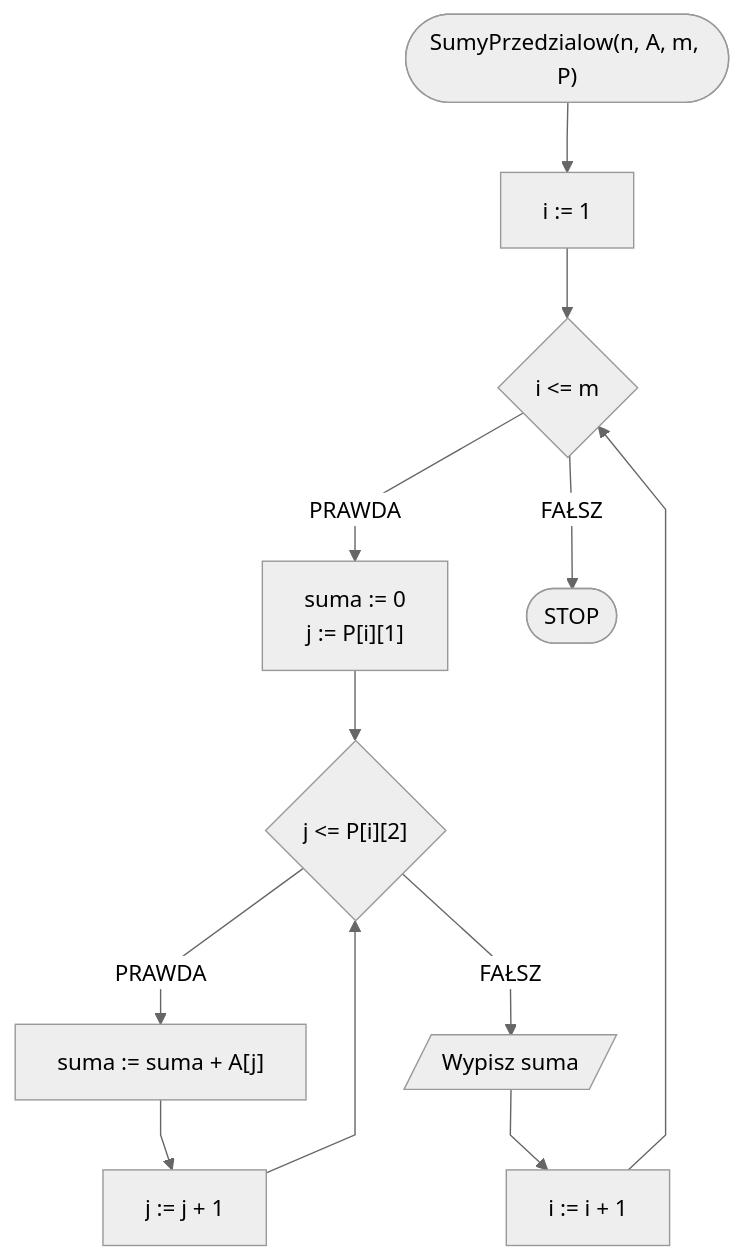
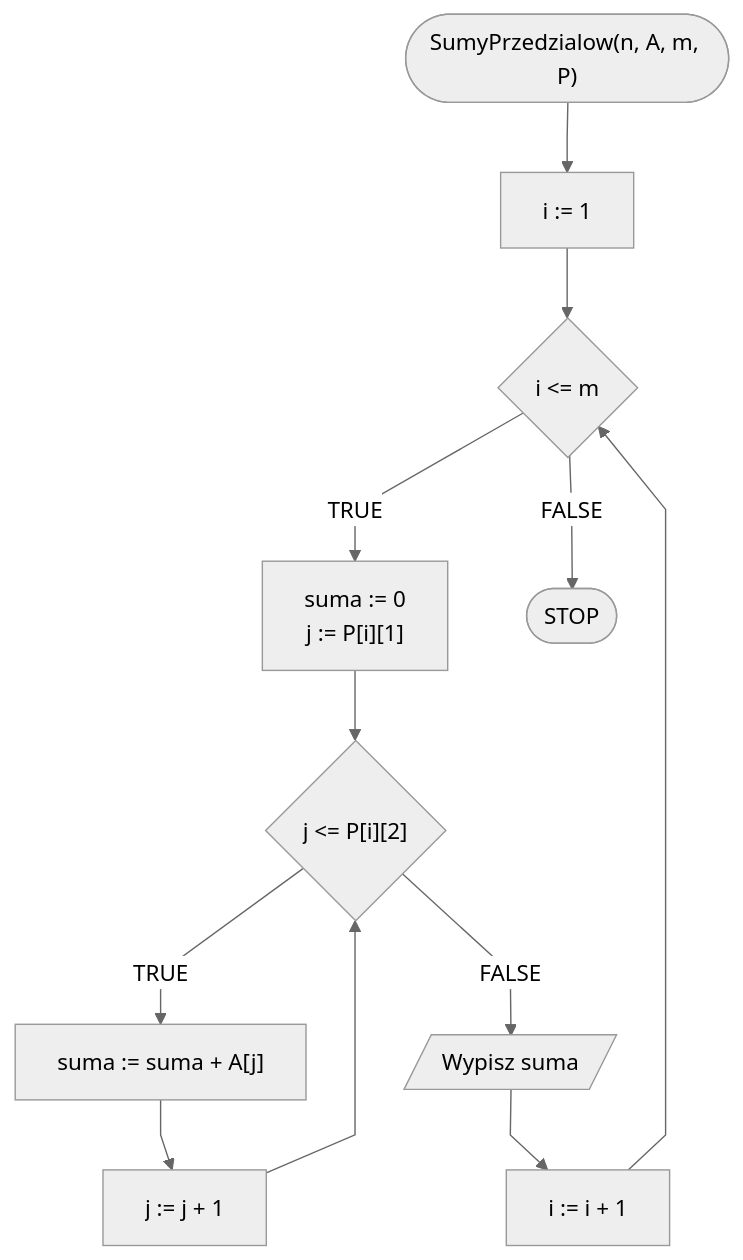
Before and after one commit to blackbat13/edu-cs-htiew-en: the first of 2 diagrams in docs/algorithms/searching/prefix-sum.md, drawn with Mermaid. The commit also changed other lines of this file and 682 other files, not shown here.

````diff
--- a/docs/algorithms/searching/prefix-sum.md
+++ b/docs/algorithms/searching/prefix-sum.md
@@ -61,16 +61,16 @@
 ```mermaid
 %%{init: {"flowchart": {"curve": "linear"}, "theme": "neutral"} }%%
 flowchart TD
 	START(["SumyPrzedzialow(n, A, m, P)"]) --> K0[i := 1]
 	K0 --> K1{i <= m}
-	K1 -- PRAWDA --> K2["suma := 0
+	K1 -- TRUE --> K2["suma := 0
     j := P[i][1]"]
 	K2 --> K3{"j <= P[i][2]"}
-	K3 -- PRAWDA --> K4["suma := suma + A[j]"]
+	K3 -- TRUE --> K4["suma := suma + A[j]"]
 	K4 --> K3i[j := j + 1]
 	K3i --> K3
-	K3 -- FAŁSZ --> K5[/Wypisz suma/]
+	K3 -- FALSE --> K5[/Wypisz suma/]
 	K5 --> K1i[i := i + 1]
 	K1i --> K1
-	K1 -- FAŁSZ --> STOP([STOP])
+	K1 -- FALSE --> STOP([STOP])
 ```
````
